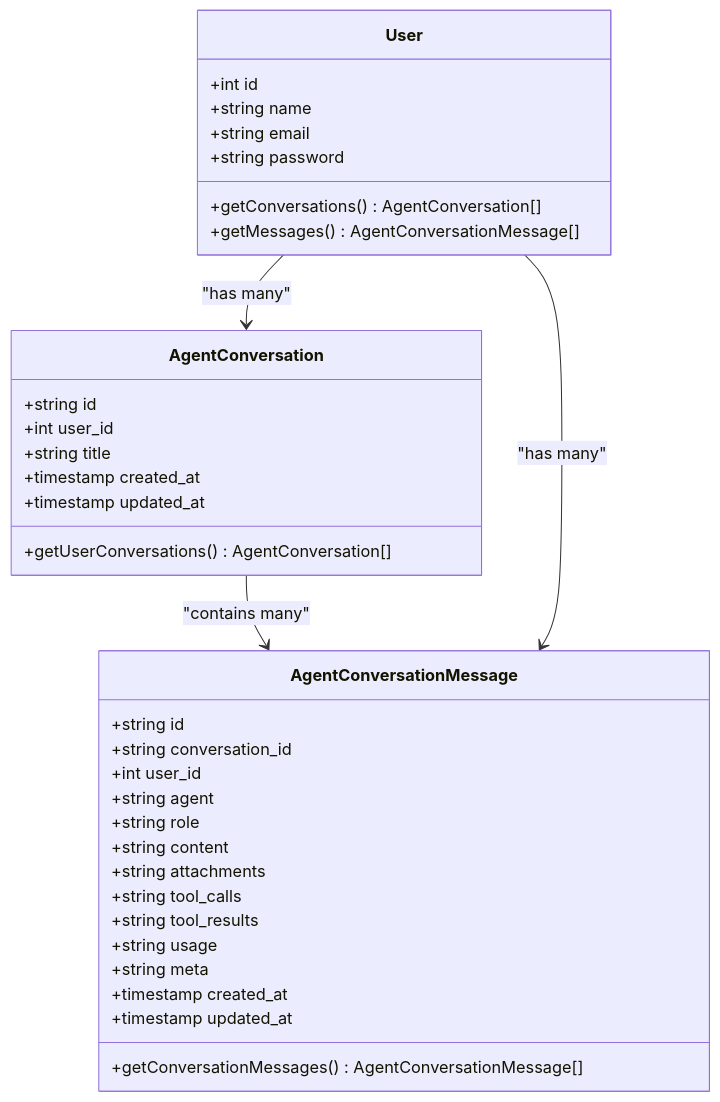
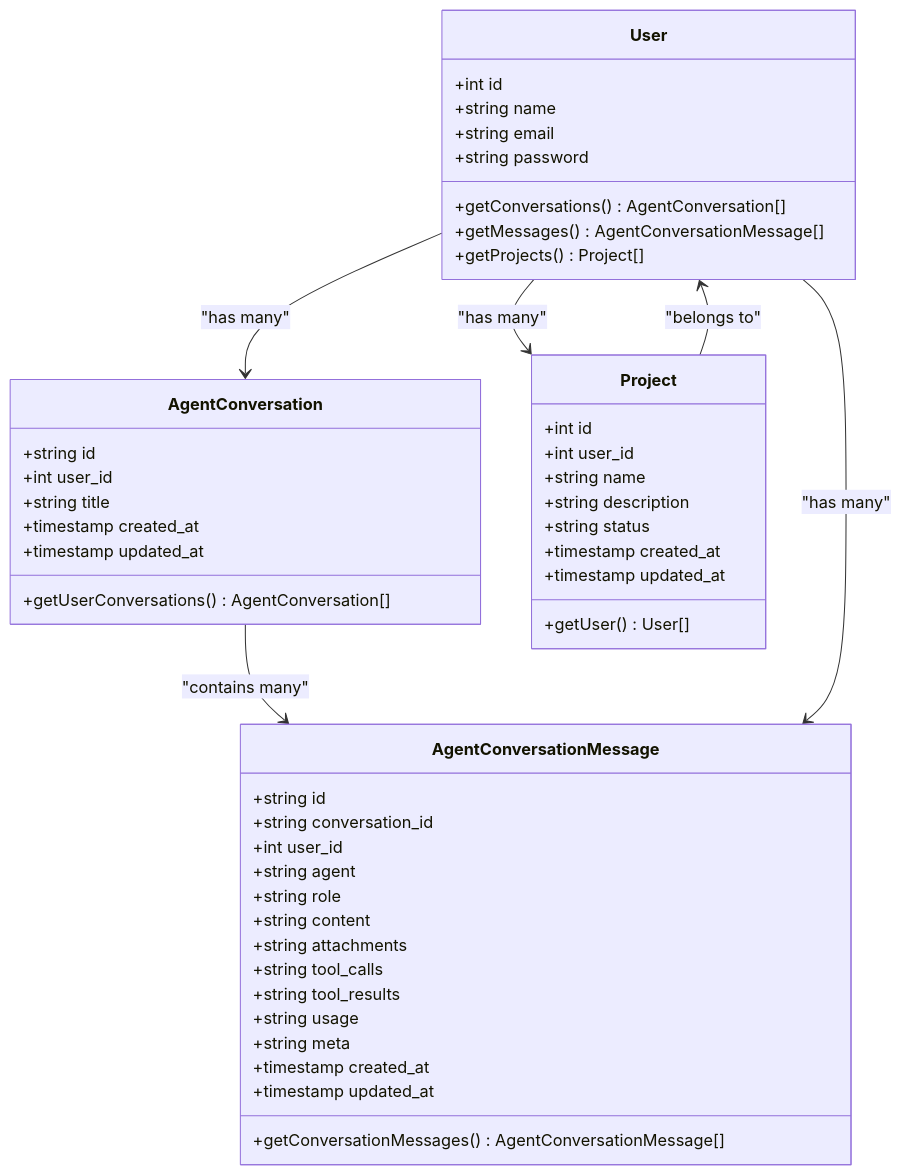
The fifth of 7 diagrams in .qoder/repowiki/en/content/Database and Data Management/Database Schema Design.md (siimliimand/laravel-assistant), drawn with Mermaid before and after one commit. The commit also changed other lines of this file and 6 other files, not shown here.

First line of the commit message:
feat(database): add project management schema with ownership and status tracking

````diff
--- a/.qoder/repowiki/en/content/Database and Data Management/Database Schema Design.md
+++ b/.qoder/repowiki/en/content/Database and Data Management/Database Schema Design.md
@@ -499,38 +575,51 @@
 ```mermaid
 classDiagram
 class AgentConversation {
 +string id
 +int user_id
 +string title
 +timestamp created_at
 +timestamp updated_at
 +getUserConversations() AgentConversation[]
 }
 class AgentConversationMessage {
 +string id
 +string conversation_id
 +int user_id
 +string agent
 +string role
 +string content
 +string attachments
 +string tool_calls
 +string tool_results
 +string usage
 +string meta
 +timestamp created_at
 +timestamp updated_at
 +getConversationMessages() AgentConversationMessage[]
 }
 class User {
 +int id
 +string name
 +string email
 +string password
 +getConversations() AgentConversation[]
 +getMessages() AgentConversationMessage[]
++getProjects() Project[]
+}
+class Project {
++int id
++int user_id
++string name
++string description
++string status
++timestamp created_at
++timestamp updated_at
++getUser() User[]
 }
 AgentConversation --> AgentConversationMessage : "contains many"
 User --> AgentConversation : "has many"
 User --> AgentConversationMessage : "has many"
+User --> Project : "has many"
+Project --> User : "belongs to"
 ```
````
